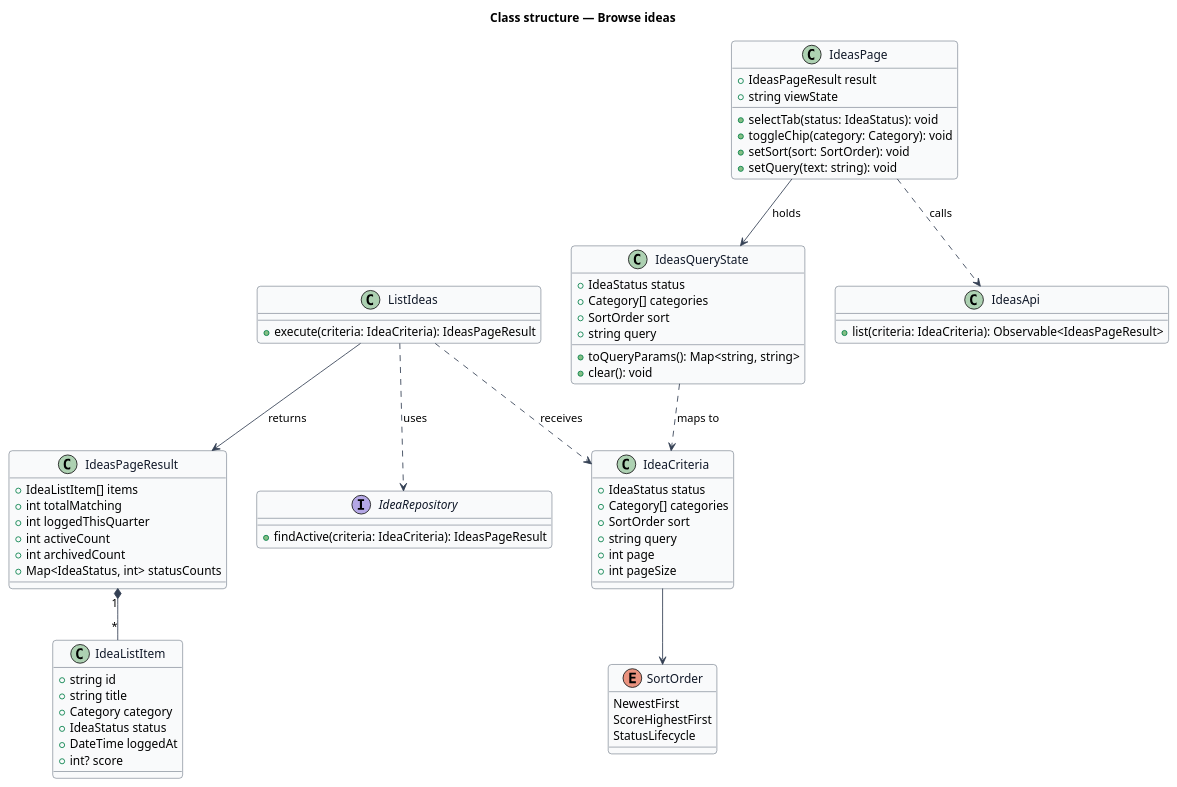
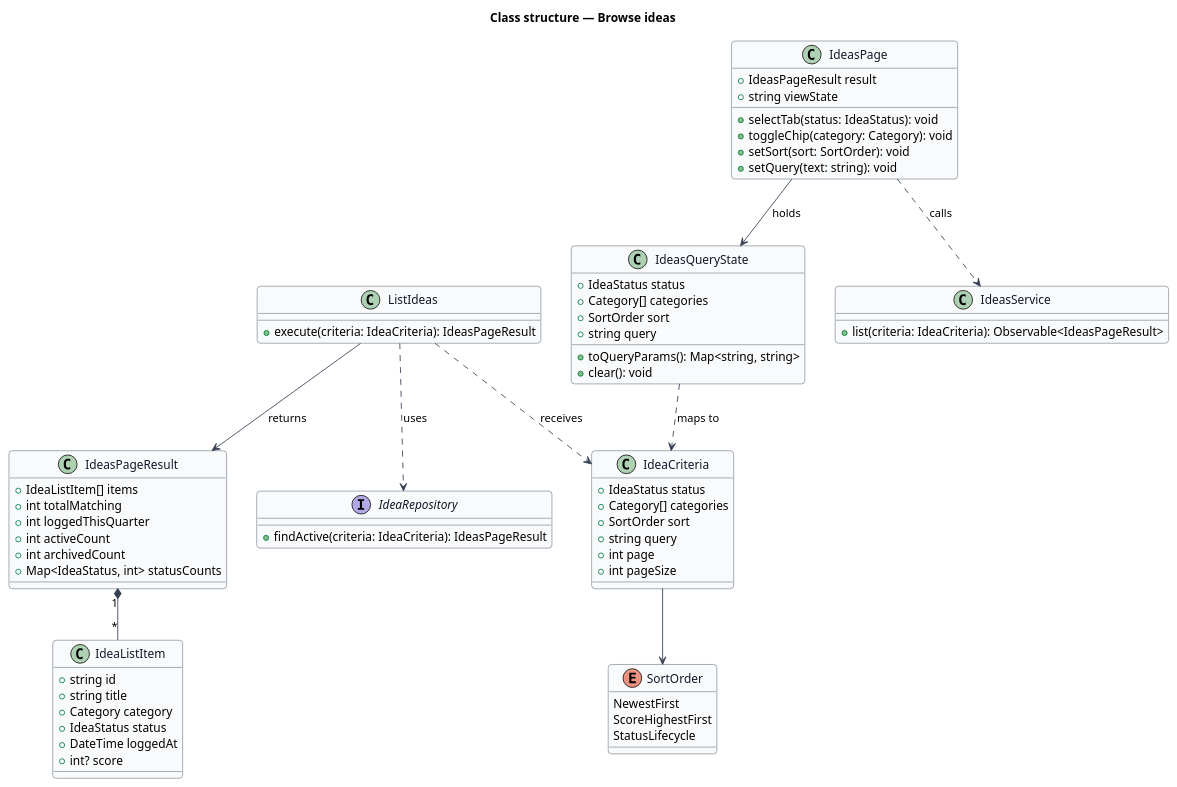
Before and after one commit to QuinntyneBrown/cullr: the diagram in docs/detailed-designs/ideas/browse-ideas/diagrams/class-structure.puml, drawn with PlantUML. The commit also changed 231 other files, not shown here.

```diff
--- a/docs/detailed-designs/ideas/browse-ideas/diagrams/class-structure.puml
+++ b/docs/detailed-designs/ideas/browse-ideas/diagrams/class-structure.puml
@@ -1,85 +1,85 @@
 @startuml
 skinparam backgroundColor #FFFFFF
 skinparam shadowing false
 skinparam roundcorner 8
 skinparam defaultFontName Arial
 skinparam ArrowColor #344054
 skinparam class {
   BorderColor #344054
   FontColor #101828
   BackgroundColor #F9FAFB
 }
 title Class structure — Browse ideas
 
 enum SortOrder {
   NewestFirst
   ScoreHighestFirst
   StatusLifecycle
 }
 
 class IdeaCriteria {
   +IdeaStatus status
   +Category[] categories
   +SortOrder sort
   +string query
   +int page
   +int pageSize
 }
 
 class IdeaListItem {
   +string id
   +string title
   +Category category
   +IdeaStatus status
   +DateTime loggedAt
   +int? score
 }
 
 class IdeasPageResult {
   +IdeaListItem[] items
   +int totalMatching
   +int loggedThisQuarter
   +int activeCount
   +int archivedCount
   +Map<IdeaStatus, int> statusCounts
 }
 
 class ListIdeas {
   +execute(criteria: IdeaCriteria): IdeasPageResult
 }
 
 interface IdeaRepository {
   +findActive(criteria: IdeaCriteria): IdeasPageResult
 }
 
 class IdeasQueryState {
   +IdeaStatus status
   +Category[] categories
   +SortOrder sort
   +string query
   +toQueryParams(): Map<string, string>
   +clear(): void
 }
 
 class IdeasPage {
   +IdeasPageResult result
   +string viewState
   +selectTab(status: IdeaStatus): void
   +toggleChip(category: Category): void
   +setSort(sort: SortOrder): void
   +setQuery(text: string): void
 }
 
-class IdeasApi {
+class IdeasService {
   +list(criteria: IdeaCriteria): Observable<IdeasPageResult>
 }
 
 IdeasPage --> IdeasQueryState : holds
-IdeasPage ..> IdeasApi : calls
+IdeasPage ..> IdeasService : calls
 IdeasQueryState ..> IdeaCriteria : maps to
 IdeaCriteria --> SortOrder
 ListIdeas ..> IdeaCriteria : receives
 ListIdeas ..> IdeaRepository : uses
 ListIdeas --> IdeasPageResult : returns
 IdeasPageResult "1" *-- "*" IdeaListItem
 @enduml
```
